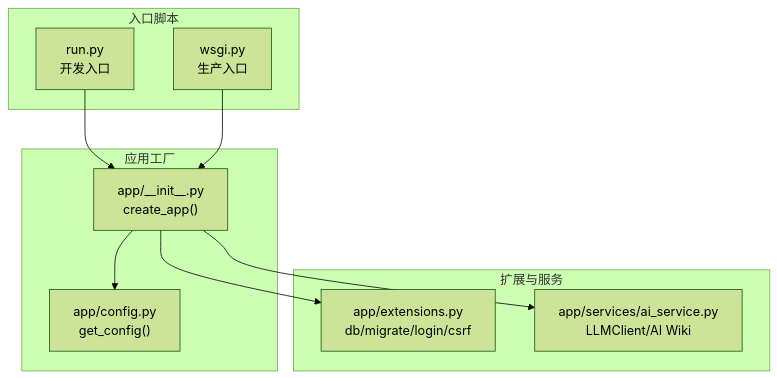
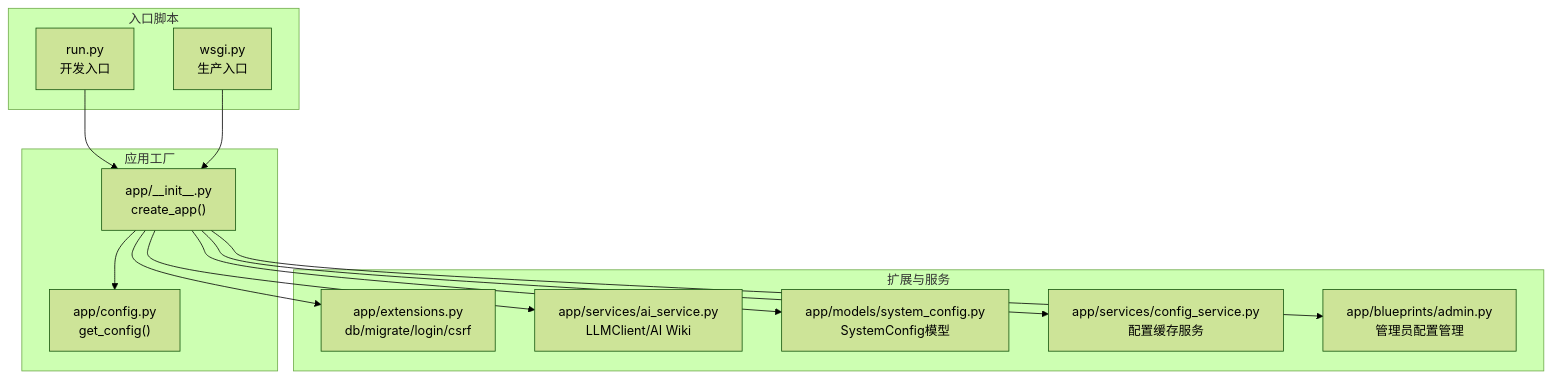
Before and after one commit to beyondalbert/my_wiki: the first of 4 diagrams in .qoder/repowiki/zh/content/配置管理/配置管理.md, drawn with Mermaid (forest theme). The commit also changed other lines of this file and 5 other files, not shown here.

````diff
--- a/.qoder/repowiki/zh/content/配置管理/配置管理.md
+++ b/.qoder/repowiki/zh/content/配置管理/配置管理.md
@@ -34,20 +48,26 @@
 ```mermaid
 graph TB
 subgraph "入口脚本"
 RUN["run.py<br/>开发入口"]
 WSGI["wsgi.py<br/>生产入口"]
 end
 subgraph "应用工厂"
 INIT["app/__init__.py<br/>create_app()"]
 CFG["app/config.py<br/>get_config()"]
 end
 subgraph "扩展与服务"
 EXT["app/extensions.py<br/>db/migrate/login/csrf"]
 AIS["app/services/ai_service.py<br/>LLMClient/AI Wiki"]
+SYS["app/models/system_config.py<br/>SystemConfig模型"]
+CS["app/services/config_service.py<br/>配置缓存服务"]
+ADMIN["app/blueprints/admin.py<br/>管理员配置管理"]
 end
 RUN --> INIT
 WSGI --> INIT
 INIT --> CFG
 INIT --> EXT
 INIT --> AIS
+INIT --> SYS
+INIT --> CS
+INIT --> ADMIN
 ```
````
